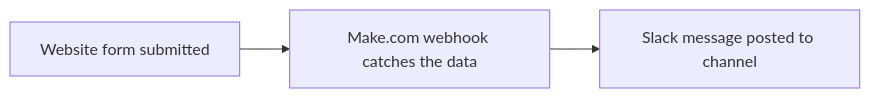
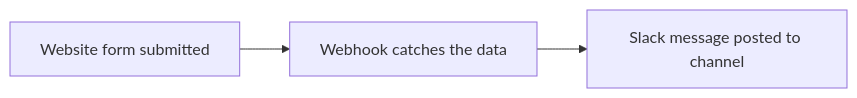
Before and after one commit to yahya-boop13/form-to-slack-automation: the diagram in README.md, drawn with Mermaid. The commit also changed other lines of this file, not shown here.

````diff
--- a/README.md
+++ b/README.md
@@ -12,5 +12,5 @@
 ```mermaid
 flowchart LR
-    A[Website form submitted] --> B[Make.com webhook catches the data]
+    A[Website form submitted] --> B[Webhook catches the data]
     B --> C[Slack message posted to channel]
 ```
````
